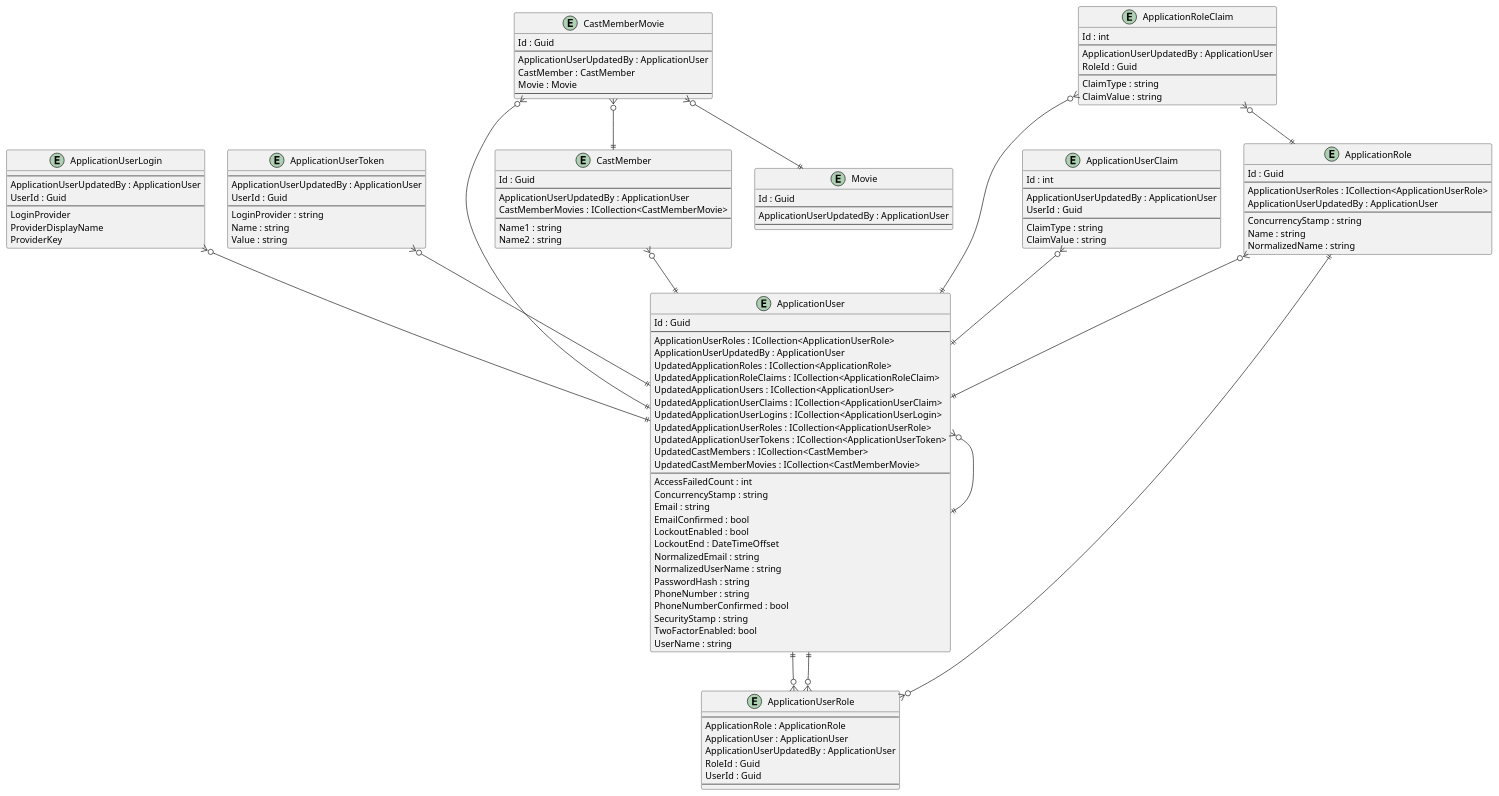
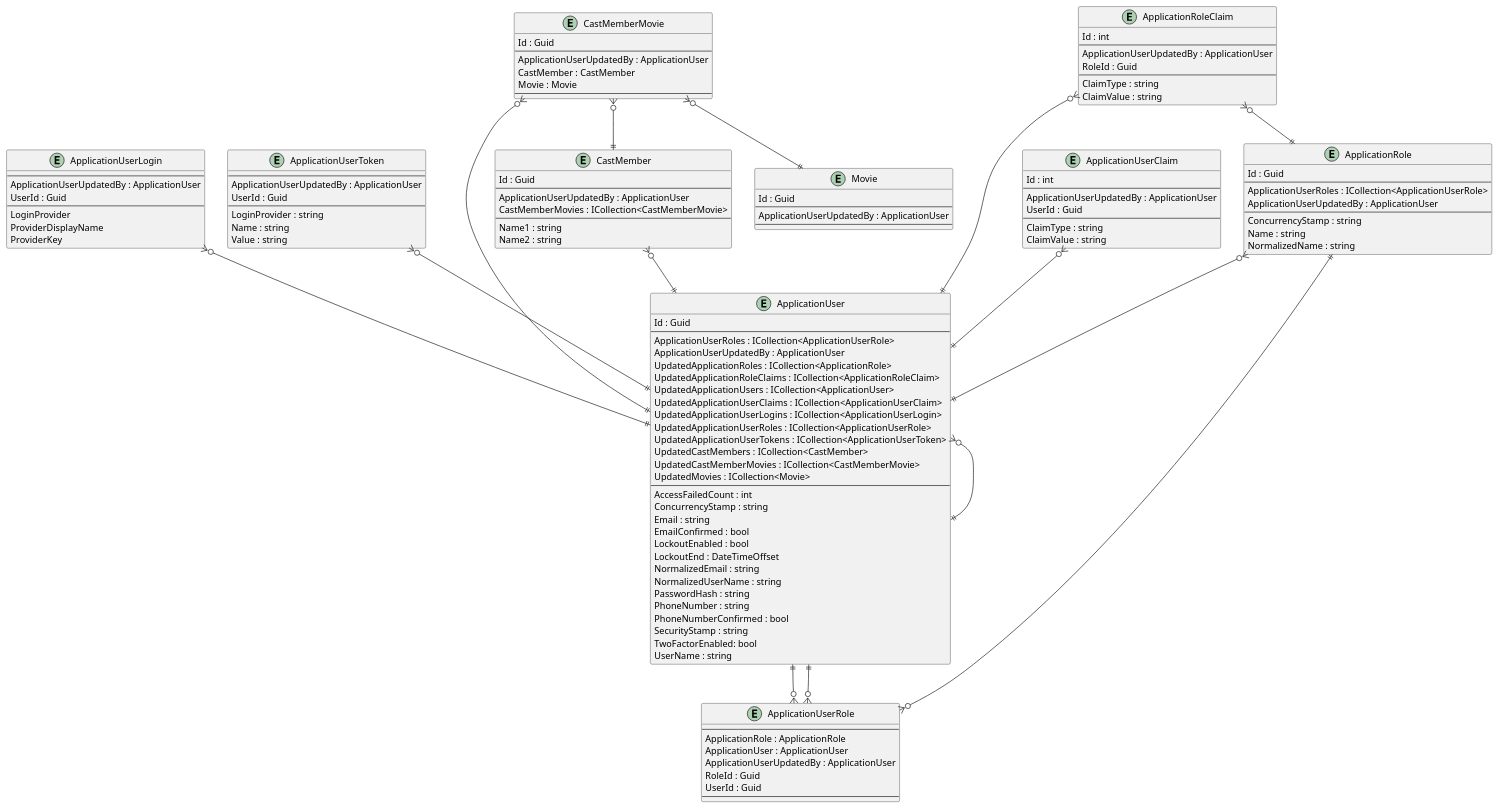
The diagram in .docs/BlazorWebAppMovies.pu (intrepion/BlazorWebAppMovies), drawn with PlantUML before and after one commit.

Commit message:
gawk -i inplace "{ gsub(/' ApplicationUserKeyCodePlaceholder/, \"UpdatedMovies : ICollection<Movie>\n\ \ \ \ ' ApplicationUserKeyCodePlaceholder\") }; { print }" .docs/BlazorWebAppMovies.pu

```diff
--- a/.docs/BlazorWebAppMovies.pu
+++ b/.docs/BlazorWebAppMovies.pu
@@ -1,147 +1,148 @@
 @startuml
 
 entity ApplicationRole {
     Id : Guid
     --
     ApplicationUserRoles : ICollection<ApplicationUserRole>
     ApplicationUserUpdatedBy : ApplicationUser
     --
     ConcurrencyStamp : string
     Name : string
     NormalizedName : string
 }
 
 entity ApplicationRoleClaim {
     Id : int
     --
     ApplicationUserUpdatedBy : ApplicationUser
     RoleId : Guid
     --
     ClaimType : string
     ClaimValue : string
 }
 
 entity ApplicationUser {
     Id : Guid
     --
     ApplicationUserRoles : ICollection<ApplicationUserRole>
     ApplicationUserUpdatedBy : ApplicationUser
     UpdatedApplicationRoles : ICollection<ApplicationRole>
     UpdatedApplicationRoleClaims : ICollection<ApplicationRoleClaim>
     UpdatedApplicationUsers : ICollection<ApplicationUser>
     UpdatedApplicationUserClaims : ICollection<ApplicationUserClaim>
     UpdatedApplicationUserLogins : ICollection<ApplicationUserLogin>
     UpdatedApplicationUserRoles : ICollection<ApplicationUserRole>
     UpdatedApplicationUserTokens : ICollection<ApplicationUserToken>
     UpdatedCastMembers : ICollection<CastMember>
     UpdatedCastMemberMovies : ICollection<CastMemberMovie>
+    UpdatedMovies : ICollection<Movie>
     ' ApplicationUserKeyCodePlaceholder
     --
     AccessFailedCount : int
     ConcurrencyStamp : string
     Email : string
     EmailConfirmed : bool
     LockoutEnabled : bool
     LockoutEnd : DateTimeOffset
     NormalizedEmail : string
     NormalizedUserName : string
     PasswordHash : string
     PhoneNumber : string
     PhoneNumberConfirmed : bool
     SecurityStamp : string
     TwoFactorEnabled: bool
     UserName : string
 }
 
 entity ApplicationUserClaim {
     Id : int
     --
     ApplicationUserUpdatedBy : ApplicationUser
     UserId : Guid
     --
     ClaimType : string
     ClaimValue : string
 }
 
 entity ApplicationUserLogin {
     --
     ApplicationUserUpdatedBy : ApplicationUser
     UserId : Guid
     --
     LoginProvider
     ProviderDisplayName
     ProviderKey
 }
 
 entity ApplicationUserRole {
     --
     ApplicationRole : ApplicationRole
     ApplicationUser : ApplicationUser
     ApplicationUserUpdatedBy : ApplicationUser
     RoleId : Guid
     UserId : Guid
     --
 }
 
 entity ApplicationUserToken {
     --
     ApplicationUserUpdatedBy : ApplicationUser
     UserId : Guid
     --
     LoginProvider : string
     Name : string
     Value : string
 }
 
 entity CastMember {
     Id : Guid
     --
     ApplicationUserUpdatedBy : ApplicationUser
     CastMemberMovies : ICollection<CastMemberMovie>
     ' CastMemberKeyCodePlaceholder
     --
     Name1 : string
     Name2 : string
     ' CastMemberPropertyCodePlaceholder
 }
 
 entity CastMemberMovie {
     Id : Guid
     --
     ApplicationUserUpdatedBy : ApplicationUser
     CastMember : CastMember
     Movie : Movie
     ' CastMemberMovieKeyCodePlaceholder
     --
     ' CastMemberMoviePropertyCodePlaceholder
 }
 
 entity Movie {
     Id : Guid
     --
     ApplicationUserUpdatedBy : ApplicationUser
     ' MovieKeyCodePlaceholder
     --
     ' MoviePropertyCodePlaceholder
 }
 
 ' EntityCodePlaceholder
 
 ApplicationRole ||--o{ ApplicationUserRole
 ApplicationRole }o--|| ApplicationUser
 ApplicationRoleClaim }o--|| ApplicationRole
 ApplicationRoleClaim }o--|| ApplicationUser
 ApplicationUser }o--|| ApplicationUser
 ApplicationUser ||--o{ ApplicationUserRole
 ApplicationUserClaim }o--|| ApplicationUser
 ApplicationUserLogin }o--|| ApplicationUser
 ApplicationUserRole }o--|| ApplicationUser
 ApplicationUserToken }o--|| ApplicationUser
 
 CastMember }o--|| ApplicationUser
 CastMemberMovie }o--|| ApplicationUser
 CastMemberMovie }o--|| CastMember
 CastMemberMovie }o--|| Movie
 ' RelationshipCodePlaceholder
 
 @enduml
```
